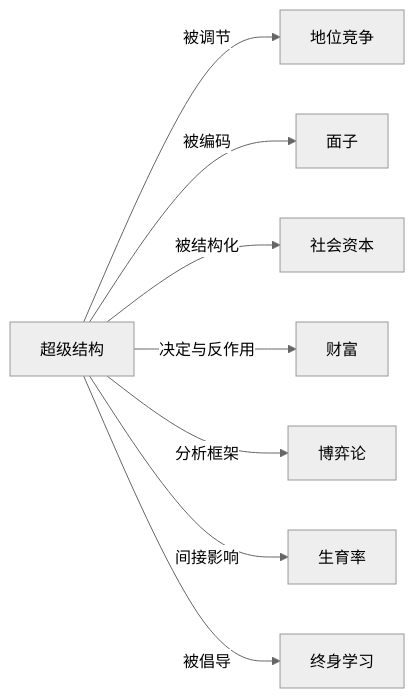
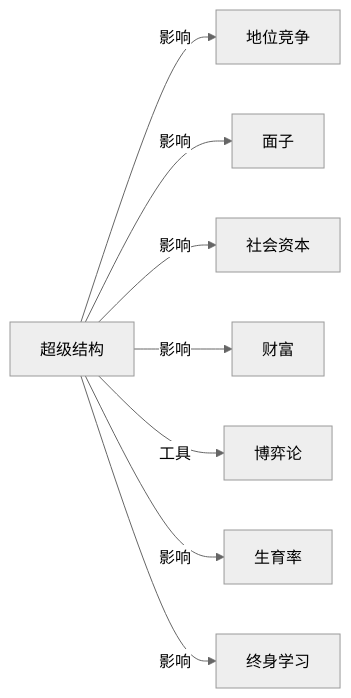
Before and after one commit to KIMMCHOW/MyKnowledge: the diagram in Knowledge/Concepts/社会学/超级结构.md, drawn with Mermaid (neutral theme). The commit also changed 95 other files, not shown here.

Commit message:
reorganize: 统一关系图边标签为11类

````diff
--- a/Knowledge/Concepts/社会学/超级结构.md
+++ b/Knowledge/Concepts/社会学/超级结构.md
@@ -47,10 +47,10 @@
 ```mermaid
 graph LR
-超级结构 -->|被调节| 地位竞争
-超级结构 -->|被编码| 面子
-超级结构 -->|被结构化| 社会资本
-超级结构 -->|决定与反作用| 财富
-超级结构 -->|分析框架| 博弈论
-超级结构 -->|间接影响| 生育率
-超级结构 -->|被倡导| 终身学习
+超级结构 -->|影响| 地位竞争
+超级结构 -->|影响| 面子
+超级结构 -->|影响| 社会资本
+超级结构 -->|影响| 财富
+超级结构 -->|工具| 博弈论
+超级结构 -->|影响| 生育率
+超级结构 -->|影响| 终身学习
 ```
````
